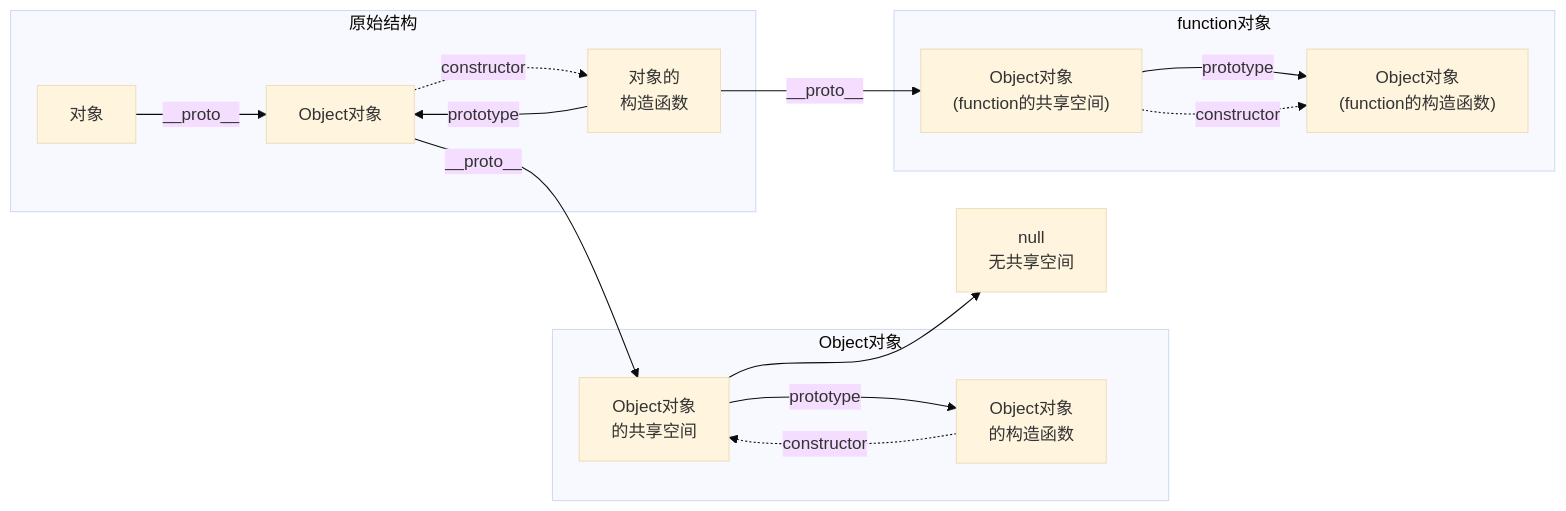
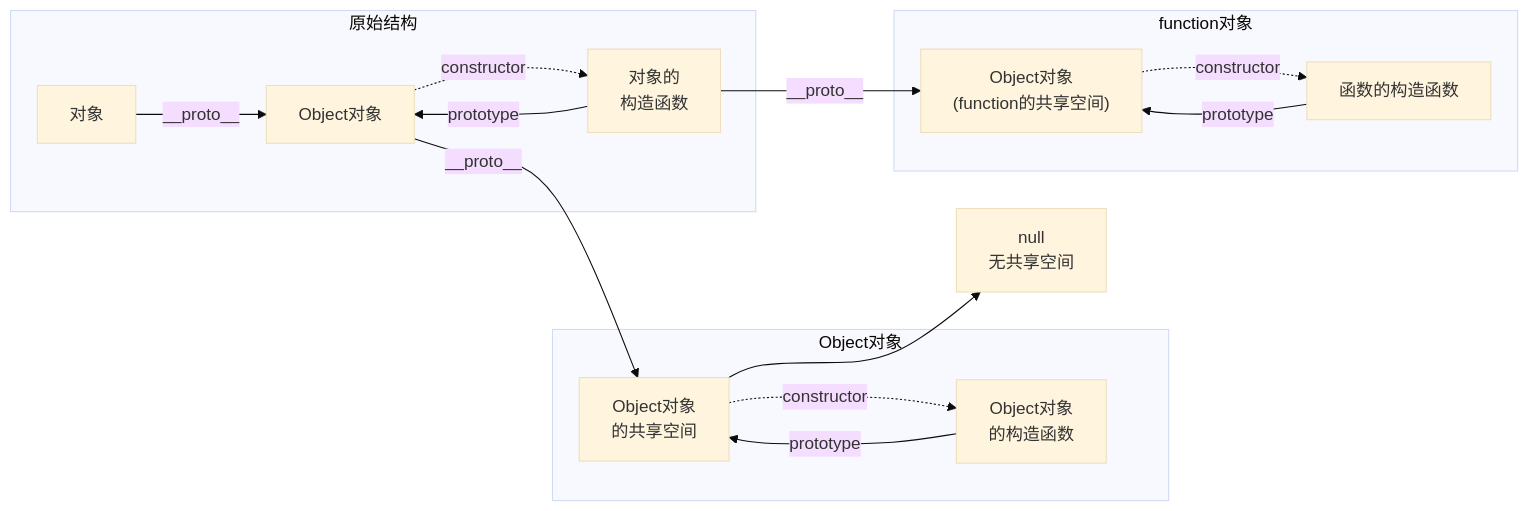
The sixth of 9 diagrams in docs/02.实用知识库/01.JavaScript 知识篇/04.原型与原型链.md (scriptscat/tampermonkey-learn-guide), drawn with Mermaid (base theme) before and after one commit. The commit also changed other lines of this file and 11 other files, not shown here.

````diff
--- a/docs/02.实用知识库/01.JavaScript 知识篇/04.原型与原型链.md
+++ b/docs/02.实用知识库/01.JavaScript 知识篇/04.原型与原型链.md
@@ -166,20 +167,20 @@
 ```mermaid
 flowchart LR
     subgraph 原始结构
     A[对象] -->|__proto__| B[Object对象]
     C[对象的\n构造函数] --> |prototype|B
     B-.->|constructor|C
     end
     subgraph Object对象
     B-->|__proto__|D[Object对象\n的共享空间]
-    D-->|prototype|E[Object对象\n的构造函数]
-    E-.->|constructor|D
+    D-.->|constructor|E[Object对象\n的构造函数]
+    E-->|prototype|D
     end
     D-->F[null\n无共享空间]
     
     subgraph function对象
     C-->|__proto__|G["Object对象\n(function的共享空间)"]
-    G-->|prototype|H["Object对象\n(function的构造函数)"]
-    G-.->|constructor|H
+    G-.->|constructor|H["函数的构造函数"]
+    H-->|prototype|G
     end
 ```
````
